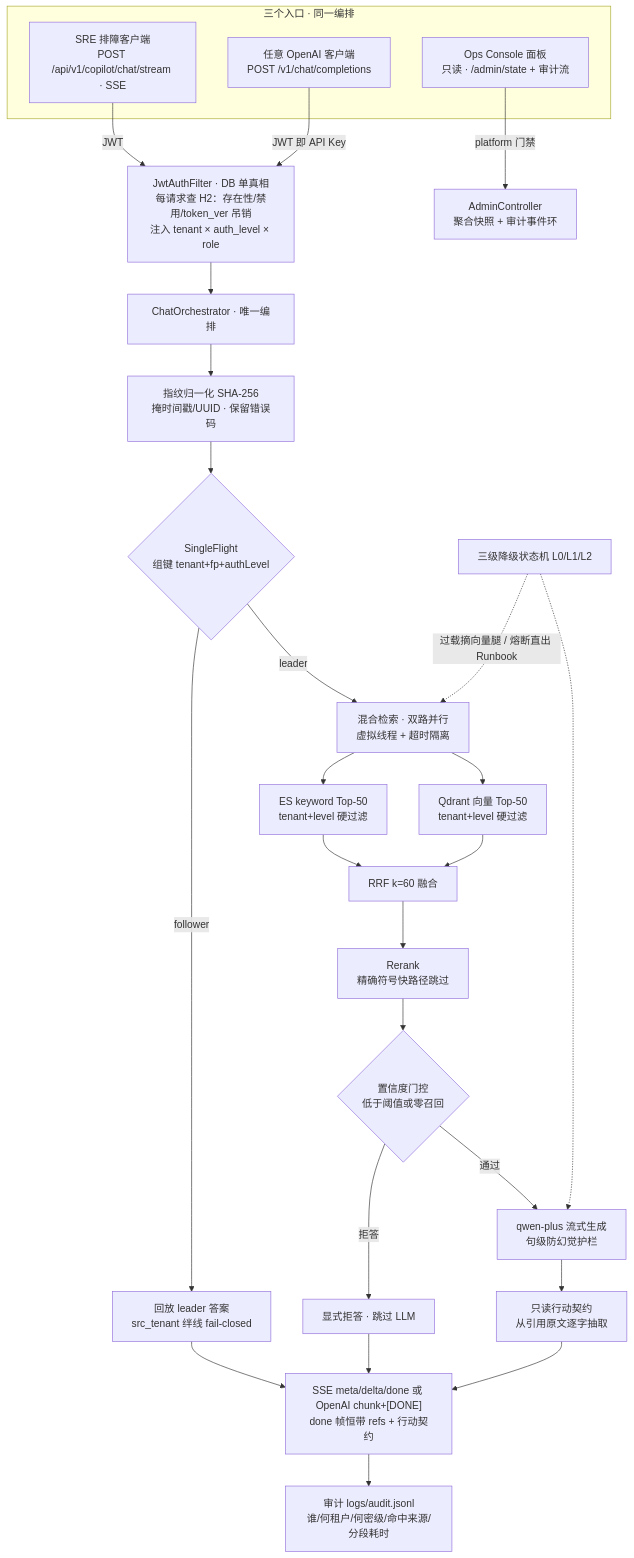
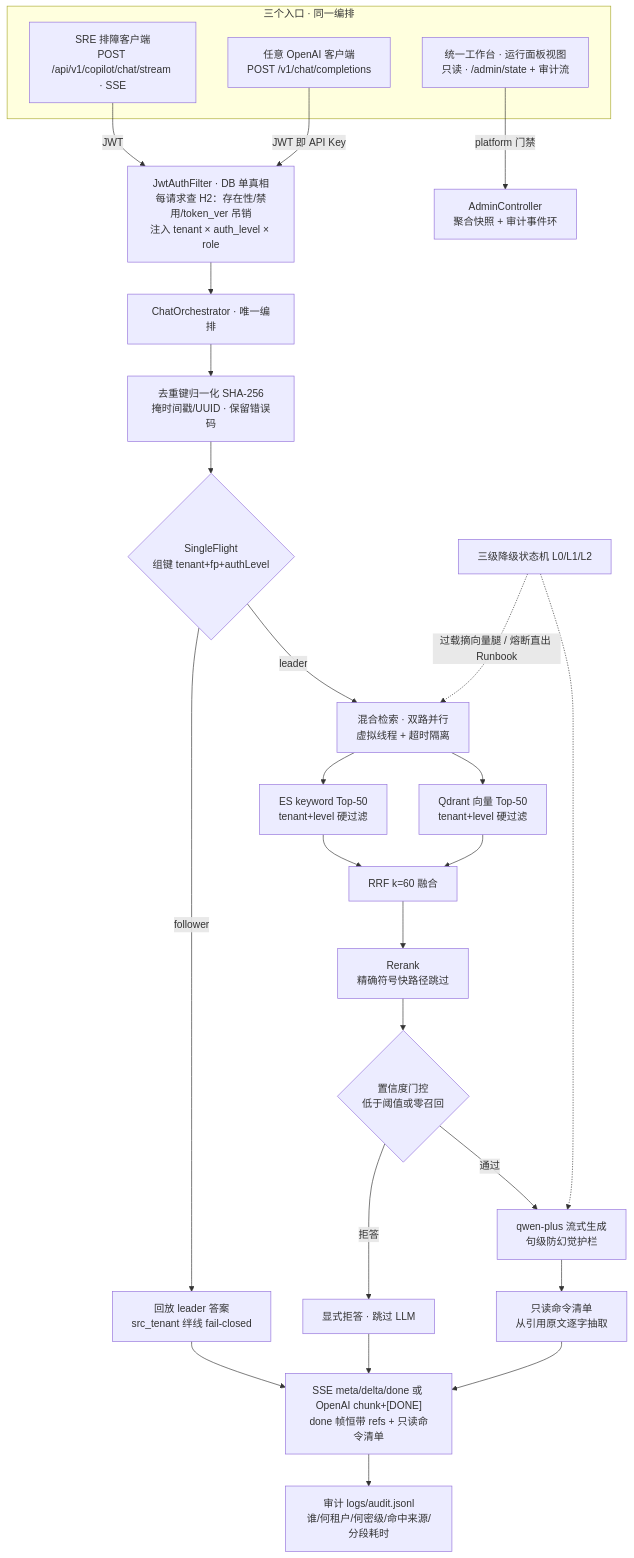
The diagram in README.md (shing26/OpsShield), drawn with Mermaid before and after one commit. The commit also changed other lines of this file and 16 other files, not shown here.

````diff
--- a/README.md
+++ b/README.md
@@ -117,31 +117,31 @@
 ```mermaid
 flowchart TD
     subgraph ENTRY[三个入口 · 同一编排]
         SSE[SRE 排障客户端<br/>POST /api/v1/copilot/chat/stream · SSE]
         OAI[任意 OpenAI 客户端<br/>POST /v1/chat/completions]
-        PANEL[Ops Console 面板<br/>只读 · /admin/state + 审计流]
+        PANEL[统一工作台 · 运行面板视图<br/>只读 · /admin/state + 审计流]
     end
     SSE -->|JWT| AUTH
     OAI -->|JWT 即 API Key| AUTH
     AUTH[JwtAuthFilter · DB 单真相<br/>每请求查 H2：存在性/禁用/token_ver 吊销<br/>注入 tenant × auth_level × role] --> OC[ChatOrchestrator · 唯一编排]
     PANEL -->|platform 门禁| ADM[AdminController<br/>聚合快照 + 审计事件环]
-    OC --> FP[指纹归一化 SHA-256<br/>掩时间戳/UUID · 保留错误码]
+    OC --> FP[去重键归一化 SHA-256<br/>掩时间戳/UUID · 保留错误码]
     FP --> SF{SingleFlight<br/>组键 tenant+fp+authLevel}
     SF -->|follower| RP[回放 leader 答案<br/>src_tenant 绊线 fail-closed]
     SF -->|leader| HY[混合检索 · 双路并行<br/>虚拟线程 + 超时隔离]
     HY --> ES[ES keyword Top-50<br/>tenant+level 硬过滤]
     HY --> QD[Qdrant 向量 Top-50<br/>tenant+level 硬过滤]
     ES --> RR[RRF k=60 融合]
     QD --> RR
     RR --> RK[Rerank<br/>精确符号快路径跳过]
     RK --> GT{置信度门控<br/>低于阈值或零召回}
     GT -->|拒答| NO[显式拒答 · 跳过 LLM]
     GT -->|通过| LLM[qwen-plus 流式生成<br/>句级防幻觉护栏]
-    LLM --> CT[只读行动契约<br/>从引用原文逐字抽取]
+    LLM --> CT[只读命令清单<br/>从引用原文逐字抽取]
     DG[三级降级状态机 L0/L1/L2] -.->|过载摘向量腿 / 熔断直出 Runbook| HY
     DG -.-> LLM
-    RP --> OUT["SSE meta/delta/done 或 OpenAI chunk+[DONE]<br/>done 帧恒带 refs + 行动契约"]
+    RP --> OUT["SSE meta/delta/done 或 OpenAI chunk+[DONE]<br/>done 帧恒带 refs + 只读命令清单"]
     NO --> OUT
     CT --> OUT
     OUT --> AUD[审计 logs/audit.jsonl<br/>谁/何租户/何密级/命中来源/分段耗时]
 ```
````
